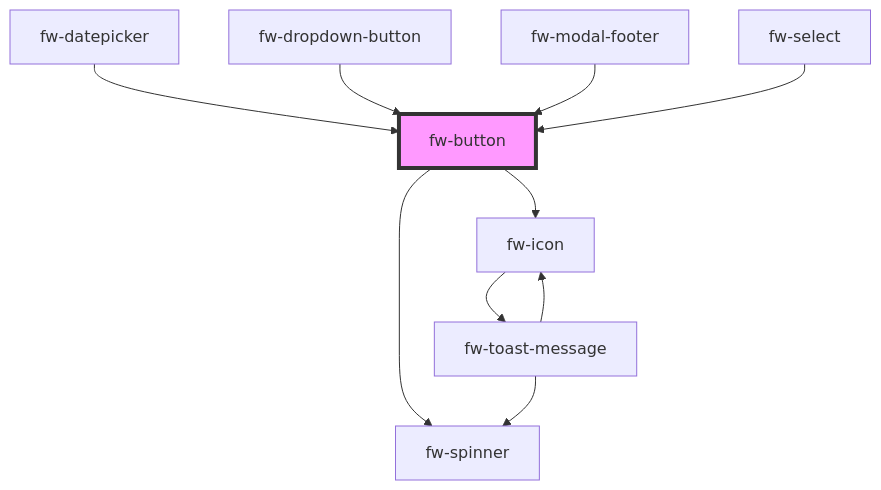
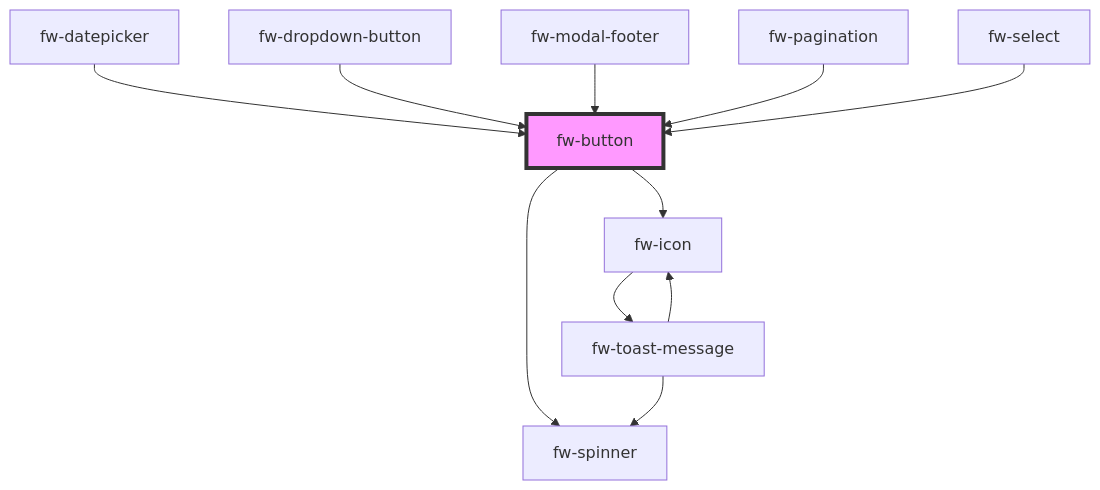
The diagram in packages/crayons-core/src/components/button/readme.md (freshworks/crayons), drawn with Mermaid before and after one commit. The commit also changed other lines of this file and 9 other files, not shown here.

````diff
--- a/packages/crayons-core/src/components/button/readme.md
+++ b/packages/crayons-core/src/components/button/readme.md
@@ -312,13 +313,14 @@
 ```mermaid
 graph TD;
   fw-button --> fw-spinner
   fw-button --> fw-icon
   fw-icon --> fw-toast-message
   fw-toast-message --> fw-spinner
   fw-toast-message --> fw-icon
   fw-datepicker --> fw-button
   fw-dropdown-button --> fw-button
   fw-modal-footer --> fw-button
+  fw-pagination --> fw-button
   fw-select --> fw-button
   style fw-button fill:#f9f,stroke:#333,stroke-width:4px
 ```
````
